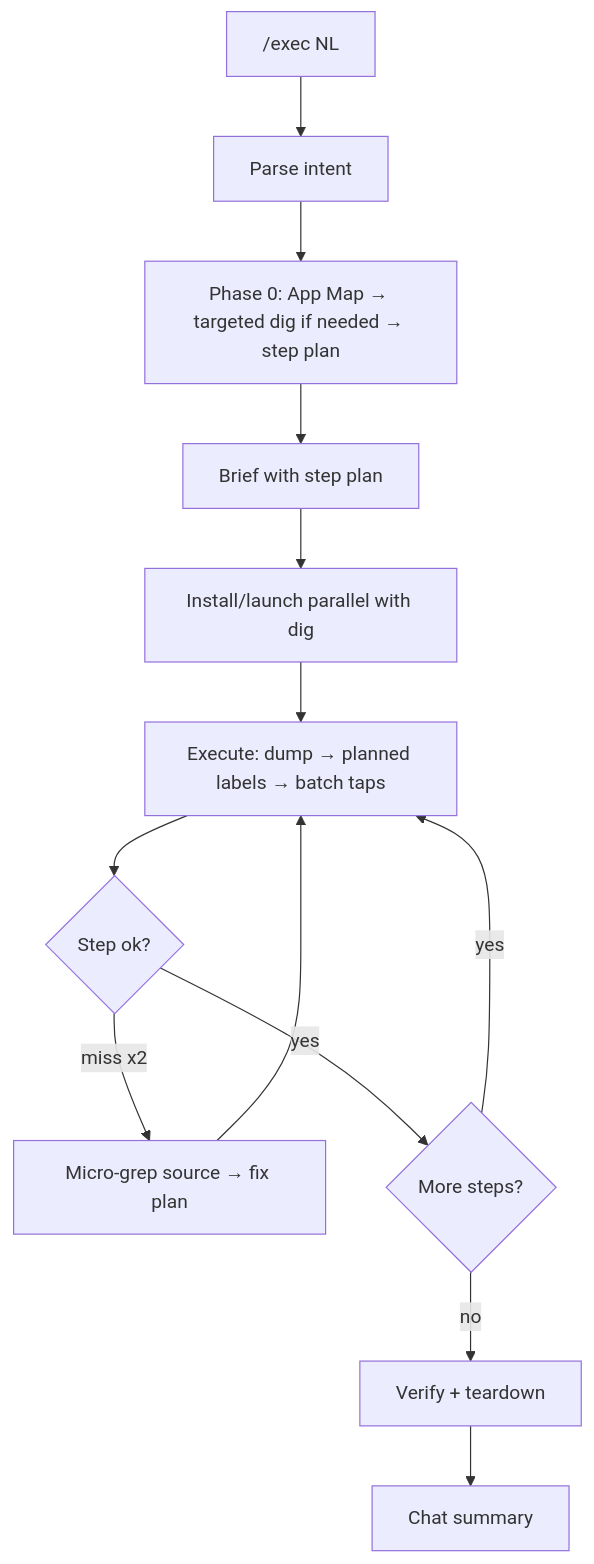
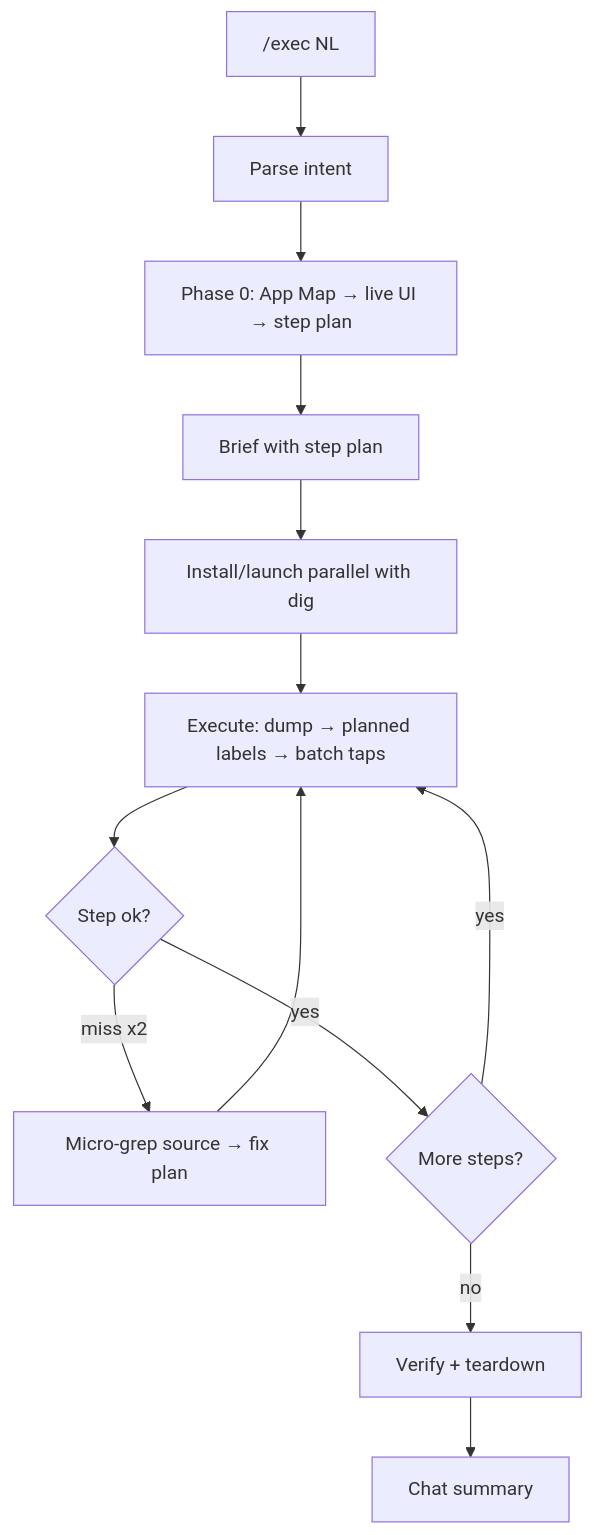
One commit to amirghm/tapwright changed the diagram in pack/workflows/exec.md. Above: the diagram before and after it, drawn with Mermaid. The commit also changed other lines of this file and 13 other files, not shown here.

````diff
--- a/pack/workflows/exec.md
+++ b/pack/workflows/exec.md
@@ -158,15 +156,15 @@
 ```mermaid
 flowchart TD
     A["/exec NL"] --> B[Parse intent]
-    B --> C["Phase 0: App Map → targeted dig if needed → step plan"]
+    B --> C["Phase 0: App Map → live UI → step plan"]
     C --> D[Brief with step plan]
     D --> E[Install/launch parallel with dig]
     E --> F["Execute: dump → planned labels → batch taps"]
     F --> G{Step ok?}
     G -->|miss x2| H[Micro-grep source → fix plan]
     H --> F
     G -->|yes| I{More steps?}
     I -->|yes| F
     I -->|no| J[Verify + teardown]
     J --> K[Chat summary]
 ```
````
